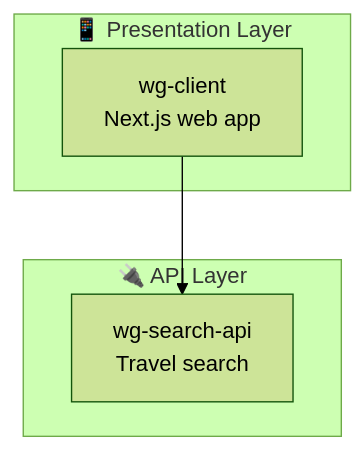
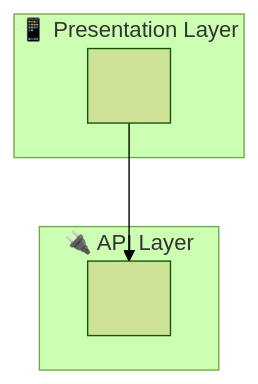
The third of 3 diagrams in system-architecture/_phase-6-interactive-viewer.md (yairbederman/EngineeringAgency), drawn with Mermaid (forest theme) before and after one commit. The commit also changed other lines of this file and 1 other file, not shown here.

````diff
--- a/system-architecture/_phase-6-interactive-viewer.md
+++ b/system-architecture/_phase-6-interactive-viewer.md
@@ -379,15 +379,15 @@
 ```mermaid
 graph TB
     subgraph Presentation["📱 Presentation Layer"]
-        CLIENT["wg-client<br/>Next.js web app"]
+        CLIENT["<frontend-project><br/><frontend description>"]
     end
     
     subgraph API["🔌 API Layer"]
-        SEARCH["wg-search-api<br/>Travel search"]
+        BACKEND["<backend-project><br/><backend description>"]
     end
     
-    CLIENT --> SEARCH
+    CLIENT --> BACKEND
     
-    click CLIENT call navigateTo("wg-client")
-    click SEARCH call navigateTo("wg-search-api")
+    click CLIENT call navigateTo("<frontend-project>")
+    click BACKEND call navigateTo("<backend-project>")
 ```
````
